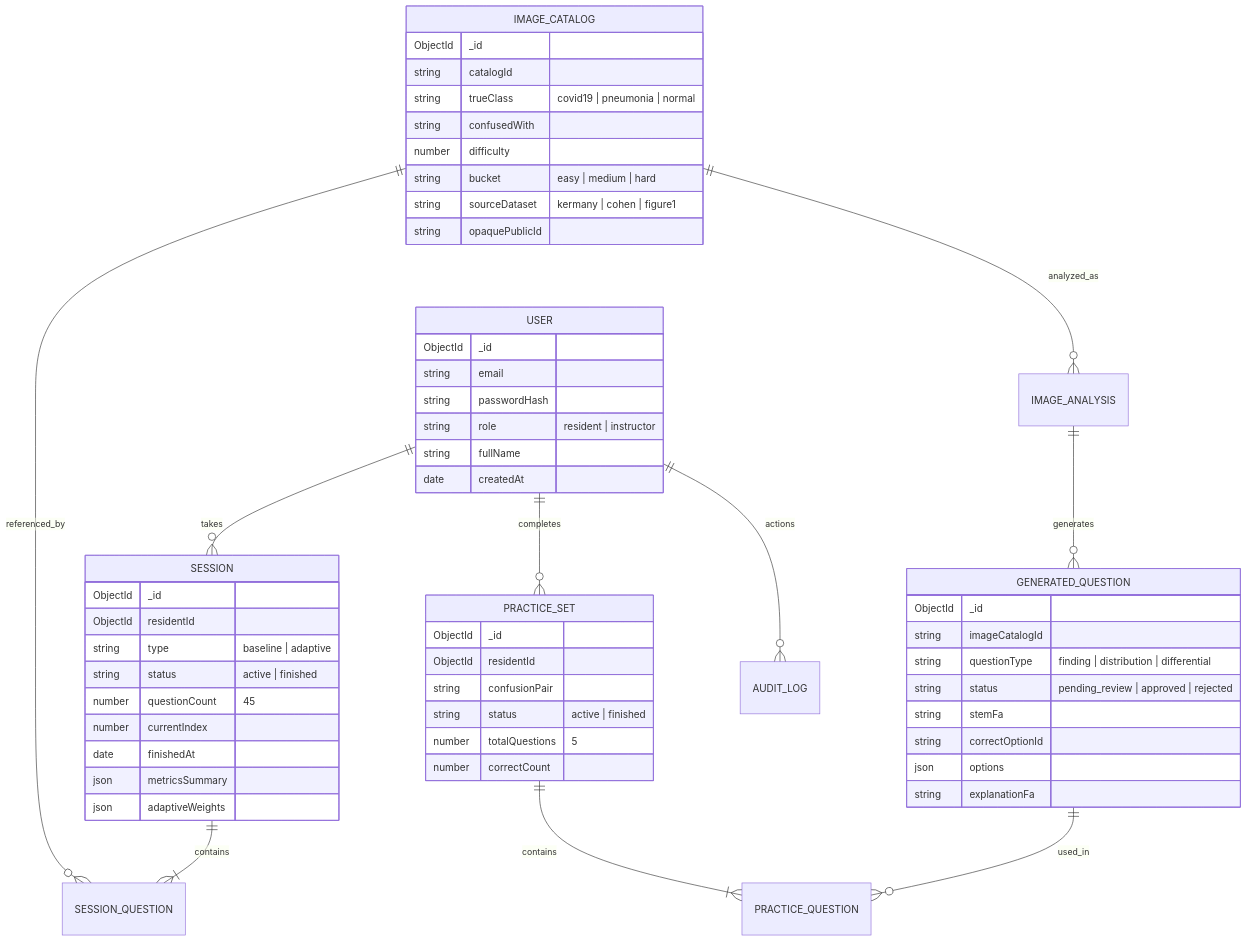
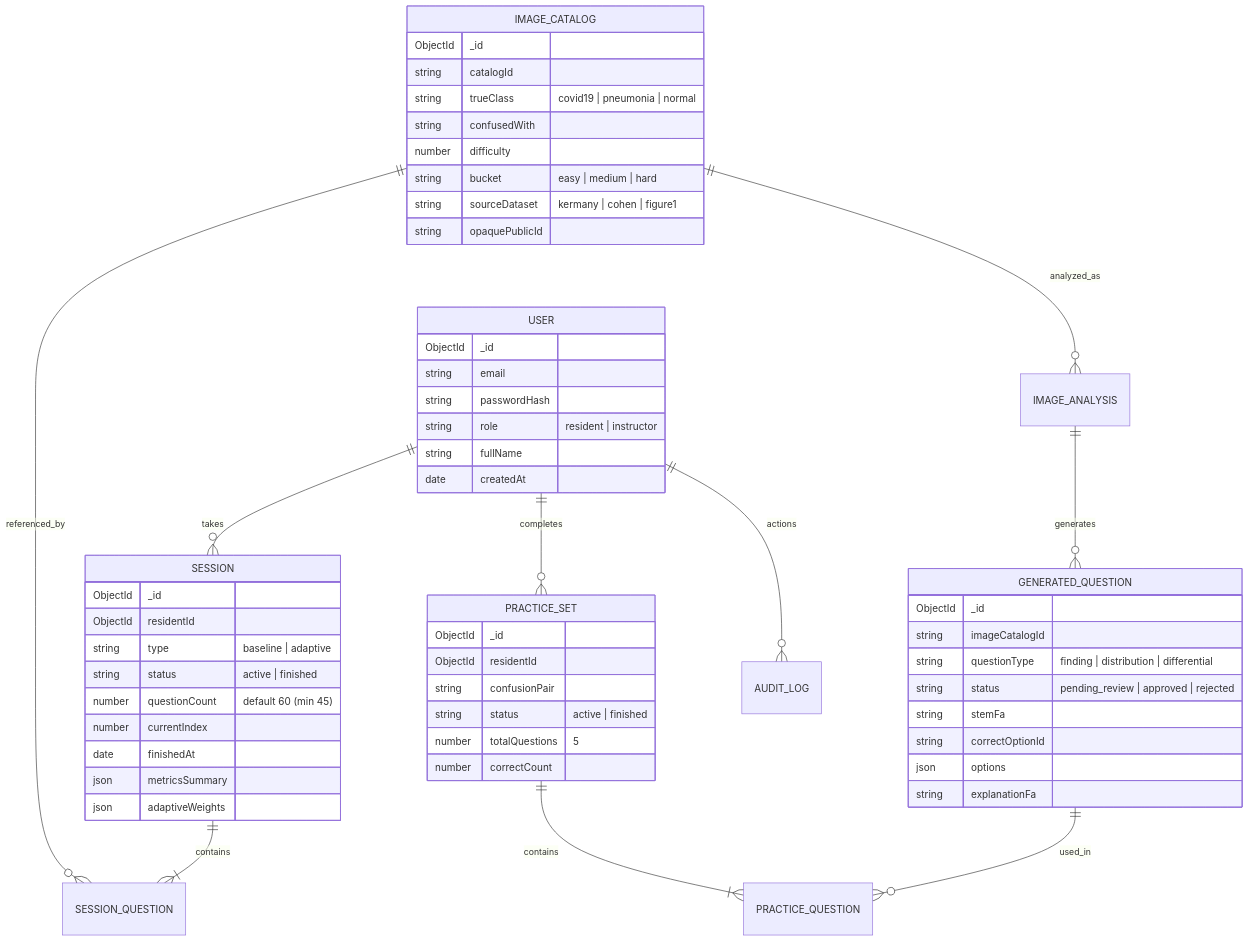
One commit to mahdimoradi-tech/radiology-adaptive-trainer changed the second of 2 diagrams in docs/as-built/01-SRS.md. Above: the diagram before and after it, drawn with Mermaid. The commit also changed other lines of this file and 2 other files, not shown here.

Commit message:
docs(docs): populate manual_test column and align default test size to 60 questions

````diff
--- a/docs/as-built/01-SRS.md
+++ b/docs/as-built/01-SRS.md
@@ -377,64 +377,64 @@
 ```mermaid
 erDiagram
     USER ||--o{ SESSION : takes
     USER ||--o{ PRACTICE_SET : completes
     SESSION ||--|{ SESSION_QUESTION : contains
     IMAGE_CATALOG ||--o{ SESSION_QUESTION : referenced_by
     IMAGE_CATALOG ||--o{ IMAGE_ANALYSIS : analyzed_as
     IMAGE_ANALYSIS ||--o{ GENERATED_QUESTION : generates
     GENERATED_QUESTION ||--o{ PRACTICE_QUESTION : used_in
     PRACTICE_SET ||--|{ PRACTICE_QUESTION : contains
     USER ||--o{ AUDIT_LOG : actions
 
     USER {
         ObjectId _id
         string email
         string passwordHash
         string role "resident | instructor"
         string fullName
         date createdAt
     }
 
     IMAGE_CATALOG {
         ObjectId _id
         string catalogId
         string trueClass "covid19 | pneumonia | normal"
         string confusedWith
         number difficulty
         string bucket "easy | medium | hard"
         string sourceDataset "kermany | cohen | figure1"
         string opaquePublicId
     }
 
     SESSION {
         ObjectId _id
         ObjectId residentId
         string type "baseline | adaptive"
         string status "active | finished"
-        number questionCount "45"
+        number questionCount "default 60 (min 45)"
         number currentIndex
         date finishedAt
         json metricsSummary
         json adaptiveWeights
     }
 
     PRACTICE_SET {
         ObjectId _id
         ObjectId residentId
         string confusionPair
         string status "active | finished"
         number totalQuestions "5"
         number correctCount
     }
 
     GENERATED_QUESTION {
         ObjectId _id
         string imageCatalogId
         string questionType "finding | distribution | differential"
         string status "pending_review | approved | rejected"
         string stemFa
         string correctOptionId
         json options
         string explanationFa
     }
 ```
````
